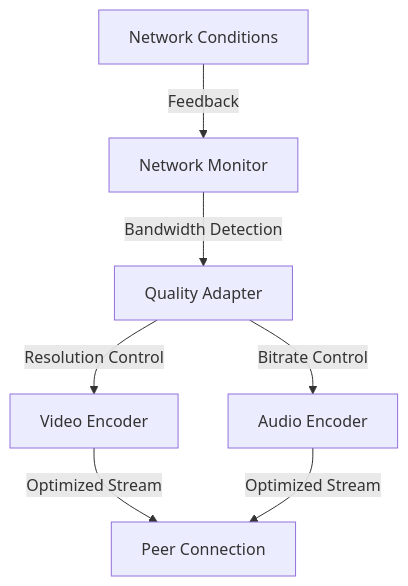
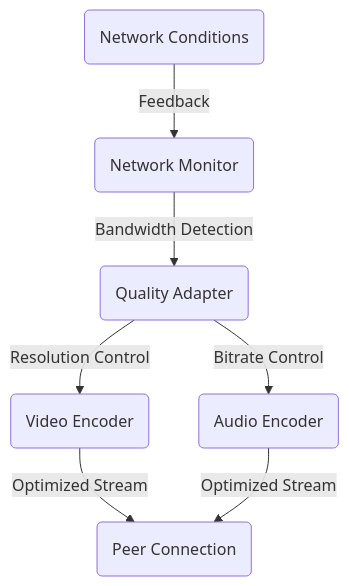
One commit to Harry100KR/WebRTC changed the third of 3 diagrams in README.md. Above: the diagram before and after it, drawn with Mermaid. The commit also changed other lines of this file, not shown here.

Commit message:
fix: update remaining Mermaid diagrams for GitHub compatibility

````diff
--- a/README.md
+++ b/README.md
@@ -240,9 +240,9 @@
 ```mermaid
-graph TD
-    A[Network Monitor] -->|Bandwidth Detection| B[Quality Adapter]
-    B -->|Resolution Control| C[Video Encoder]
-    B -->|Bitrate Control| D[Audio Encoder]
-    E[Network Conditions] -->|Feedback| A
-    C -->|Optimized Stream| F[Peer Connection]
+flowchart TD
+    A(Network Monitor) -->|Bandwidth Detection| B(Quality Adapter)
+    B -->|Resolution Control| C(Video Encoder)
+    B -->|Bitrate Control| D(Audio Encoder)
+    E(Network Conditions) -->|Feedback| A
+    C -->|Optimized Stream| F(Peer Connection)
     D -->|Optimized Stream| F
 ```
````
